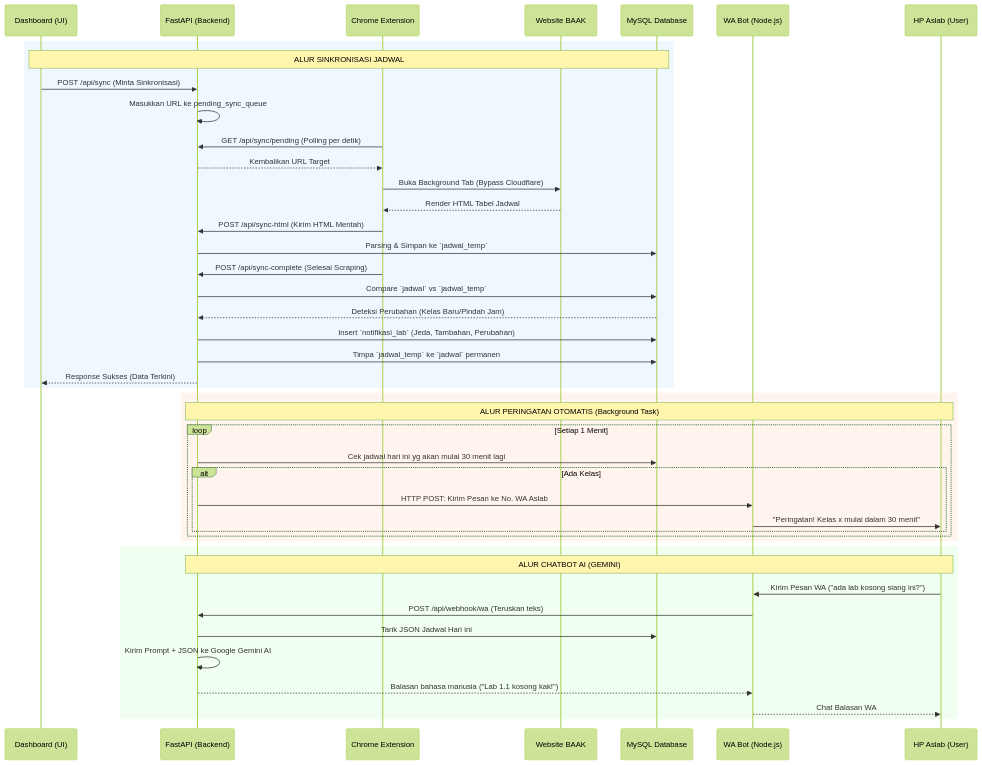
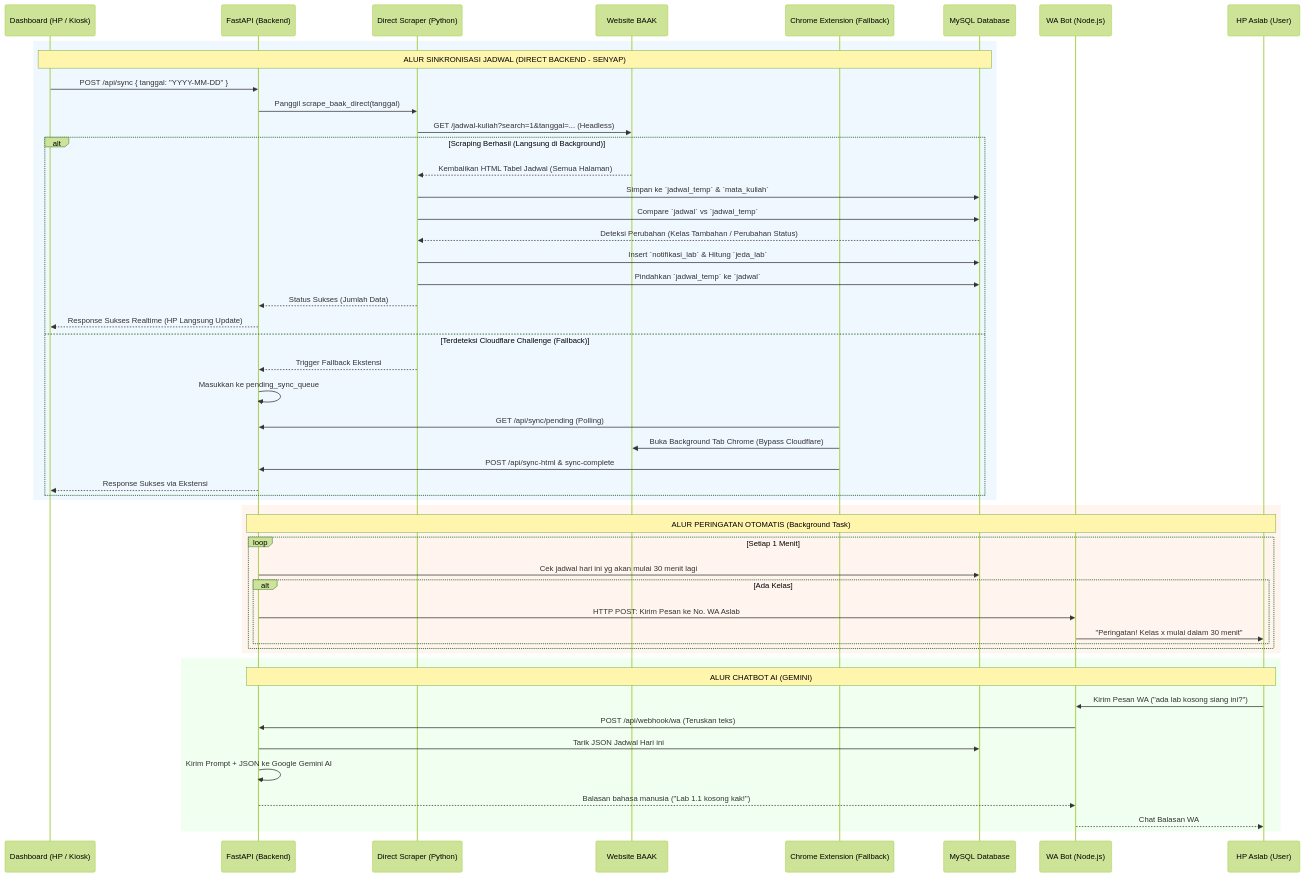
Before and after one commit to lepi-da-vinci/jadwal-kuliah-unama: the diagram in PROJECT_ANALYSIS.md, drawn with Mermaid (forest theme). The commit also changed other lines of this file and 6 other files, not shown here.

Commit message:
feat: implement direct backend scraping with fallback to Chrome extension and add database migration support

````diff
--- a/PROJECT_ANALYSIS.md
+++ b/PROJECT_ANALYSIS.md
@@ -25,52 +26,59 @@
 ```mermaid
 sequenceDiagram
-    participant Web as Dashboard (UI)
+    participant Web as Dashboard (HP / Kiosk)
     participant API as FastAPI (Backend)
-    participant Ext as Chrome Extension
+    participant Scraper as Direct Scraper (Python)
     participant BAAK as Website BAAK
+    participant Ext as Chrome Extension (Fallback)
     participant DB as MySQL Database
     participant WA as WA Bot (Node.js)
     participant User as HP Aslab (User)
 
-    %% Flow Sinkronisasi Data
+    %% Flow Sinkronisasi Utama (Direct Backend)
     rect rgb(240, 248, 255)
-        Note over Web, DB: ALUR SINKRONISASI JADWAL
-        Web->>API: POST /api/sync (Minta Sinkronisasi)
-        API->>API: Masukkan URL ke pending_sync_queue
-        Ext->>API: GET /api/sync/pending (Polling per detik)
-        API-->>Ext: Kembalikan URL Target
-        Ext->>BAAK: Buka Background Tab (Bypass Cloudflare)
-        BAAK-->>Ext: Render HTML Tabel Jadwal
-        Ext->>API: POST /api/sync-html (Kirim HTML Mentah)
-        API->>DB: Parsing & Simpan ke `jadwal_temp`
-        Ext->>API: POST /api/sync-complete (Selesai Scraping)
-        API->>DB: Compare `jadwal` vs `jadwal_temp`
-        DB-->>API: Deteksi Perubahan (Kelas Baru/Pindah Jam)
-        API->>DB: Insert `notifikasi_lab` (Jeda, Tambahan, Perubahan)
-        API->>DB: Timpa `jadwal_temp` ke `jadwal` permanen
-        API-->>Web: Response Sukses (Data Terkini)
+        Note over Web, DB: ALUR SINKRONISASI JADWAL (DIRECT BACKEND - SENYAP)
+        Web->>API: POST /api/sync { tanggal: "YYYY-MM-DD" }
+        API->>Scraper: Panggil scrape_baak_direct(tanggal)
+        Scraper->>BAAK: GET /jadwal-kuliah?search=1&tanggal=... (Headless)
+        alt Scraping Berhasil (Langsung di Background)
+            BAAK-->>Scraper: Kembalikan HTML Tabel Jadwal (Semua Halaman)
+            Scraper->>DB: Simpan ke `jadwal_temp` & `mata_kuliah`
+            Scraper->>DB: Compare `jadwal` vs `jadwal_temp`
+            DB-->>Scraper: Deteksi Perubahan (Kelas Tambahan / Perubahan Status)
+            Scraper->>DB: Insert `notifikasi_lab` & Hitung `jeda_lab`
+            Scraper->>DB: Pindahkan `jadwal_temp` ke `jadwal`
+            Scraper-->>API: Status Sukses (Jumlah Data)
+            API-->>Web: Response Sukses Realtime (HP Langsung Update)
+        else Terdeteksi Cloudflare Challenge (Fallback)
+            Scraper-->>API: Trigger Fallback Ekstensi
+            API->>API: Masukkan ke pending_sync_queue
+            Ext->>API: GET /api/sync/pending (Polling)
+            Ext->>BAAK: Buka Background Tab Chrome (Bypass Cloudflare)
+            Ext->>API: POST /api/sync-html & sync-complete
+            API-->>Web: Response Sukses via Ekstensi
+        end
     end
 
     %% Flow Peringatan Otomatis 30 Menit
     rect rgb(255, 245, 238)
         Note over API, User: ALUR PERINGATAN OTOMATIS (Background Task)
         loop Setiap 1 Menit
             API->>DB: Cek jadwal hari ini yg akan mulai 30 menit lagi
             alt Ada Kelas
                 API->>WA: HTTP POST: Kirim Pesan ke No. WA Aslab
                 WA->>User: "Peringatan! Kelas x mulai dalam 30 menit"
             end
         end
     end
 
     %% Flow Interaksi Chatbot
     rect rgb(240, 255, 240)
         Note over User, API: ALUR CHATBOT AI (GEMINI)
         User->>WA: Kirim Pesan WA ("ada lab kosong siang ini?")
         WA->>API: POST /api/webhook/wa (Teruskan teks)
         API->>DB: Tarik JSON Jadwal Hari ini
         API->>API: Kirim Prompt + JSON ke Google Gemini AI
         API-->>WA: Balasan bahasa manusia ("Lab 1.1 kosong kak!")
         WA-->>User: Chat Balasan WA
     end
 ```
````
